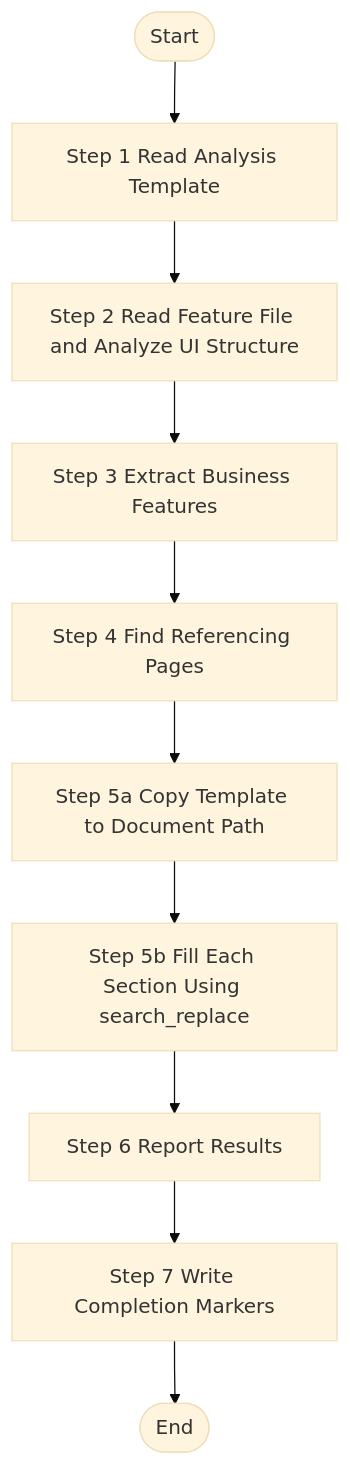
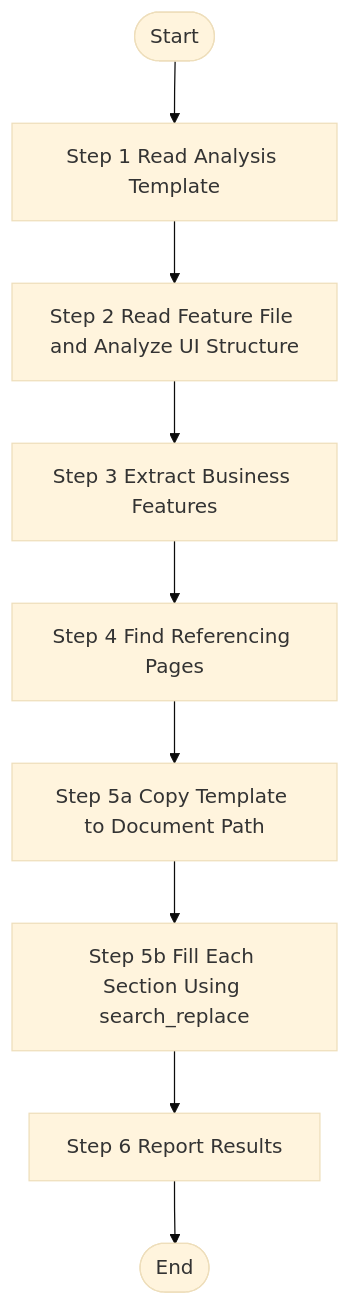
The diagram in .speccrew/skills/speccrew-knowledge-bizs-ui-analyze/SKILL.md (charlesmu99/speccrew), drawn with Mermaid (base theme) before and after one commit. The commit also changed other lines of this file and 13 other files, not shown here.

````diff
--- a/.speccrew/skills/speccrew-knowledge-bizs-ui-analyze/SKILL.md
+++ b/.speccrew/skills/speccrew-knowledge-bizs-ui-analyze/SKILL.md
@@ -89,12 +85,11 @@
 ```mermaid
 graph TB
     Start([Start]) --> Step1[Step 1 Read Analysis Template]
     Step1 --> Step2[Step 2 Read Feature File and Analyze UI Structure]
     Step2 --> Step3[Step 3 Extract Business Features]
     Step3 --> Step4[Step 4 Find Referencing Pages]
     Step4 --> Step5a[Step 5a Copy Template to Document Path]
     Step5a --> Step5b[Step 5b Fill Each Section Using search_replace]
     Step5b --> Step6[Step 6 Report Results]
-    Step6 --> Step7[Step 7 Write Completion Markers]
-    Step7 --> End([End])
+    Step6 --> End([End])
 ```
````
